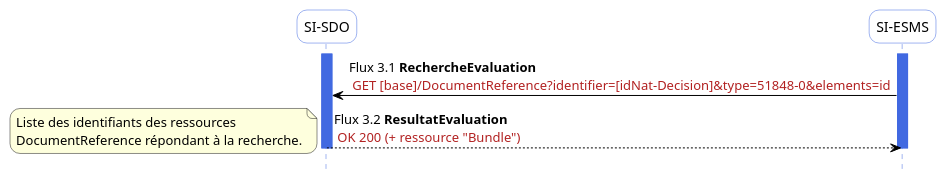
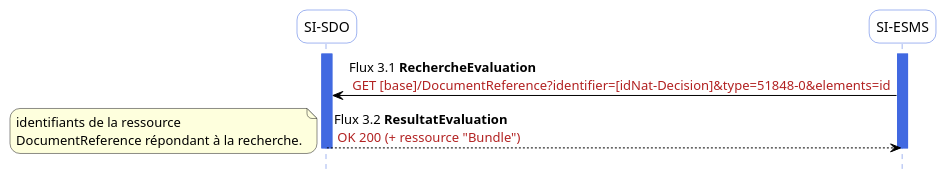
Before and after one commit to ansforge/IG-fhir-medicosocial-suivi-decisions-orientation: the diagram in input/images-source/flux3.plantuml, drawn with PlantUML. The commit also changed 3 other files, not shown here.

```diff
--- a/input/images-source/flux3.plantuml
+++ b/input/images-source/flux3.plantuml
@@ -1,34 +1,34 @@
 @startuml flux3
 hide footbox
 
 skinparam sequence {
  arrowColor black
  ParticipantBorderColor RoyalBlue
  ParticipantBackgroundColor white
  LifeLineBorderColor RoyalBlue
  LifeLineBackgroundColor RoyalBlue
  ParticipantFontSize 14
  ParticipantFontName arial
  ParticipantPadding 20
 }
 skinparam  roundcorner 20
 
 
 participant "SI-SDO" as SDO
 participant "SI-ESMS" as ESMS
 activate SDO
 activate ESMS
 
 
 ESMS-[#black]> SDO : Flux 3.1 **RechercheEvaluation** \n <color #FireBrick>GET [base]/DocumentReference?identifier=[idNat-Decision]&type=51848-0&elements=id</color>
 SDO-[#black]-> ESMS: Flux 3.2 **ResultatEvaluation** \n <color #FireBrick>OK 200 (+ ressource "Bundle")</color>
 
 note left
-Liste des identifiants des ressources 
+identifiants de la ressource 
 DocumentReference répondant à la recherche.
 end note
 
 
 deactivate SDO
 deactivate ESMS
 @enduml
```
